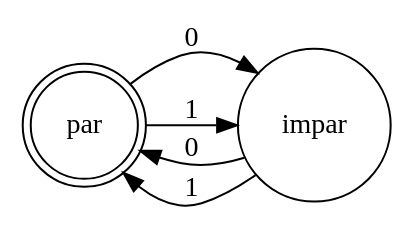
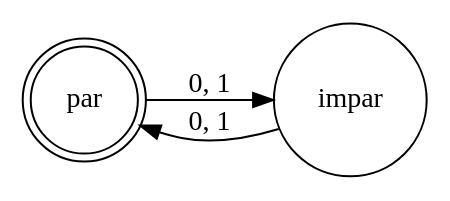
The diagram in dotAfd.dot (Marcoshsc/afd-operacoes), drawn with Graphviz before and after one commit. The commit also changed 10 other files, not shown here.

```diff
--- a/dotAfd.dot
+++ b/dotAfd.dot
@@ -1,10 +1,8 @@
 digraph finite_state_machine {
 rankdir=LR;
 size="8,5"
 node [shape = doublecircle]; par ;
 node [shape = circle];
-par -> impar [label = "0"];
-par -> impar [label = "1"];
-impar -> par [label = "0"];
-impar -> par [label = "1"];
+par -> impar [label = "0, 1"];
+impar -> par [label = "0, 1"];
 }
```
